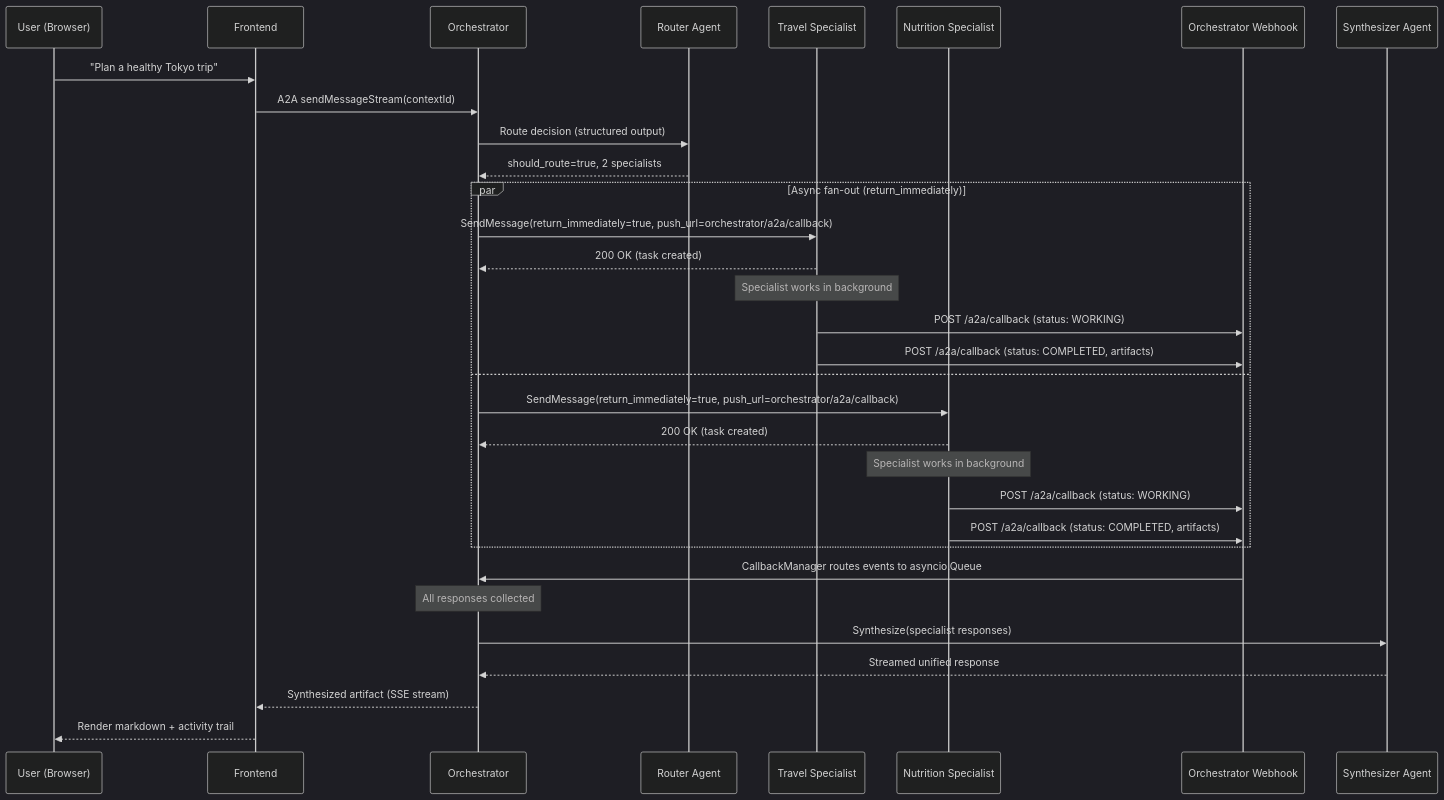
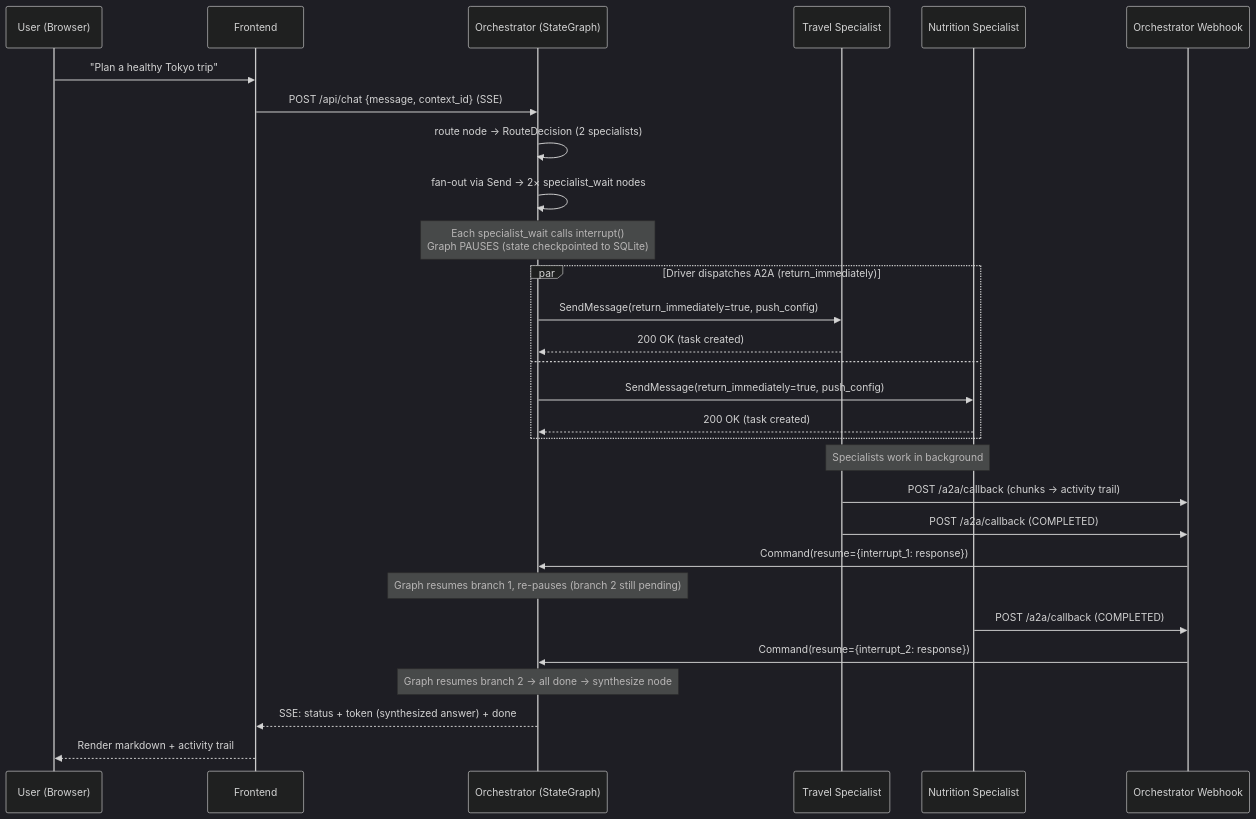
One commit to chandra447/nimbus-chat changed the second of 7 diagrams in README.md. Above: the diagram before and after it, drawn with Mermaid (dark theme). The commit also changed other lines of this file and 4 other files, not shown here.

First line of the commit message:
Update docs for LangGraph StateGraph + interrupt + plain SSE architecture

````diff
--- a/README.md
+++ b/README.md
@@ -53,38 +55,36 @@
 ```mermaid
 sequenceDiagram
     participant U as User (Browser)
     participant F as Frontend
-    participant O as Orchestrator
-    participant R as Router Agent
+    participant O as Orchestrator (StateGraph)
     participant S1 as Travel Specialist
     participant S2 as Nutrition Specialist
     participant WH as Orchestrator Webhook
-    participant SY as Synthesizer Agent
 
     U->>F: "Plan a healthy Tokyo trip"
-    F->>O: A2A sendMessageStream(contextId)
-    O->>R: Route decision (structured output)
-    R-->>O: should_route=true, 2 specialists
+    F->>O: POST /api/chat {message, context_id} (SSE)
+    O->>O: route node → RouteDecision (2 specialists)
+    O->>O: fan-out via Send → 2× specialist_wait nodes
+    Note over O: Each specialist_wait calls interrupt()<br/>Graph PAUSES (state checkpointed to SQLite)
 
-    par Async fan-out (return_immediately)
-        O->>S1: SendMessage(return_immediately=true, push_url=orchestrator/a2a/callback)
+    par Driver dispatches A2A (return_immediately)
+        O->>S1: SendMessage(return_immediately=true, push_config)
         S1-->>O: 200 OK (task created)
-        Note over S1: Specialist works in background
-        S1->>WH: POST /a2a/callback (status: WORKING)
-        S1->>WH: POST /a2a/callback (status: COMPLETED, artifacts)
     and
-        O->>S2: SendMessage(return_immediately=true, push_url=orchestrator/a2a/callback)
+        O->>S2: SendMessage(return_immediately=true, push_config)
         S2-->>O: 200 OK (task created)
-        Note over S2: Specialist works in background
-        S2->>WH: POST /a2a/callback (status: WORKING)
-        S2->>WH: POST /a2a/callback (status: COMPLETED, artifacts)
     end
+    Note over S1,S2: Specialists work in background
 
-    WH->>O: CallbackManager routes events to asyncio.Queue
-    Note over O: All responses collected
+    S1->>WH: POST /a2a/callback (chunks → activity trail)
+    S1->>WH: POST /a2a/callback (COMPLETED)
+    WH->>O: Command(resume={interrupt_1: response})
+    Note over O: Graph resumes branch 1, re-pauses (branch 2 still pending)
 
-    O->>SY: Synthesize(specialist responses)
-    SY-->>O: Streamed unified response
-    O-->>F: Synthesized artifact (SSE stream)
+    S2->>WH: POST /a2a/callback (COMPLETED)
+    WH->>O: Command(resume={interrupt_2: response})
+    Note over O: Graph resumes branch 2 → all done → synthesize node
+
+    O-->>F: SSE: status + token (synthesized answer) + done
     F-->>U: Render markdown + activity trail
 ```
````
